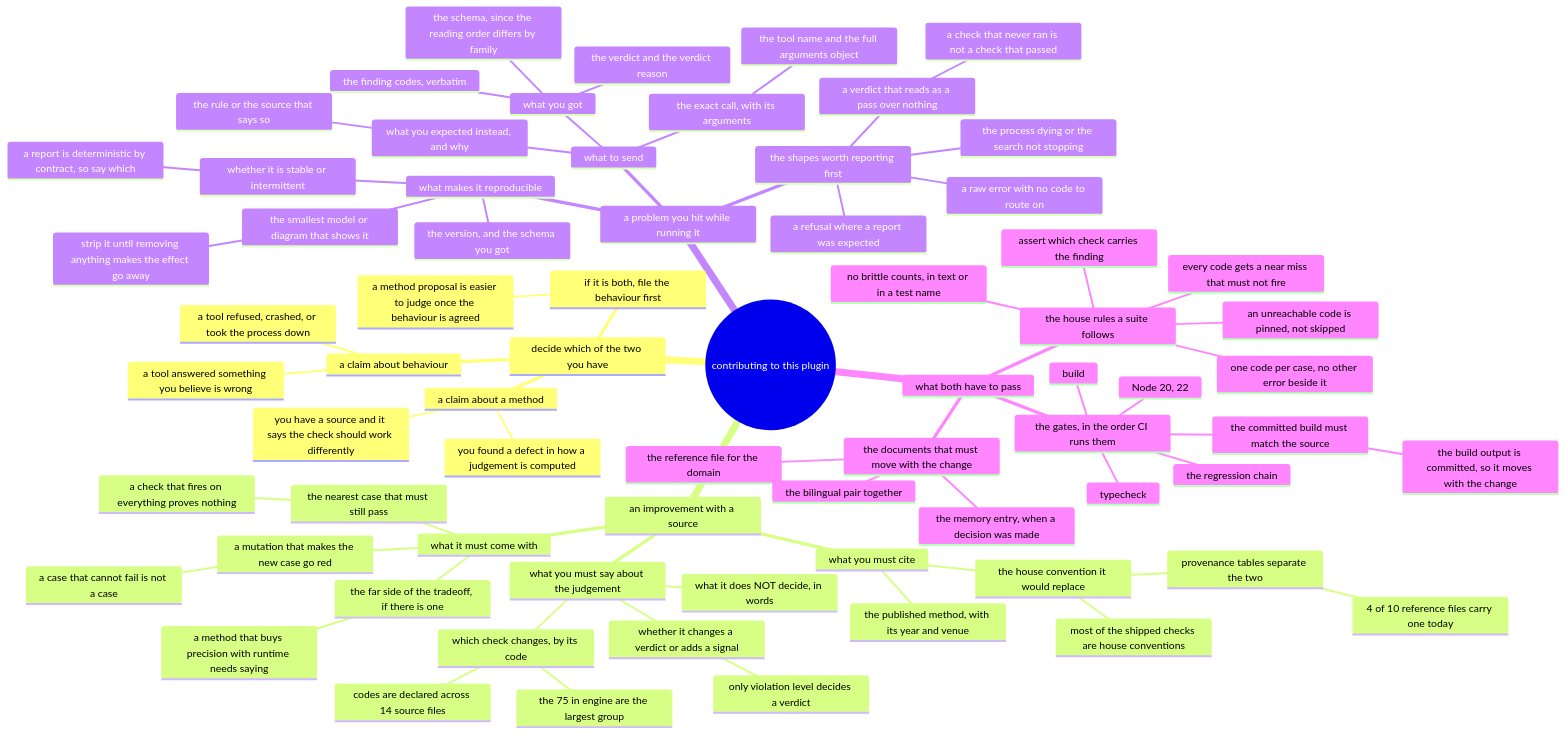
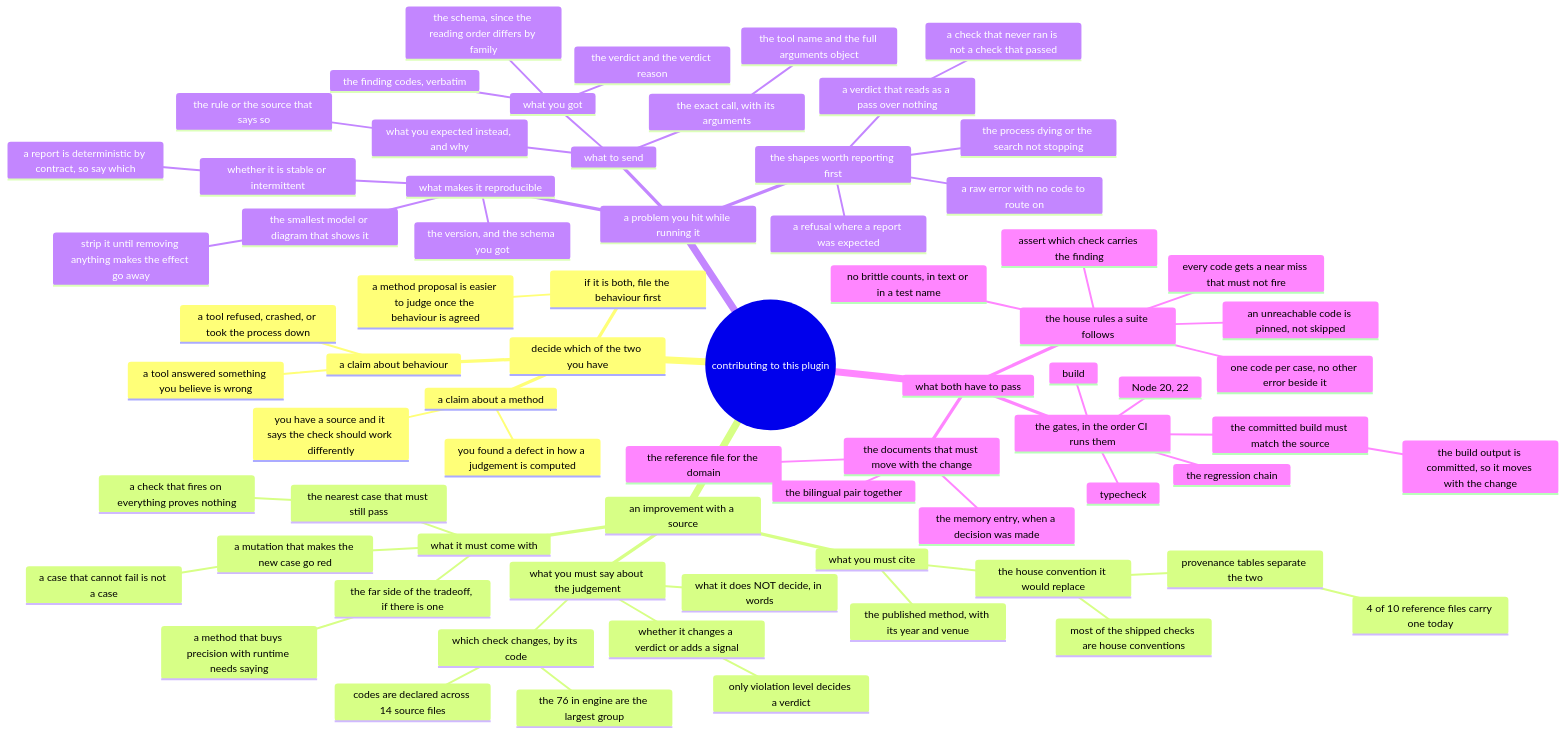
One commit to AmethystLuna/dsh-model-everything changed the diagram in docs/contributing/mindmap.mmd. Above: the diagram before and after it, drawn with Mermaid. The commit also changed 4 other files, not shown here.

First line of the commit message:
fix: A10 tells an exhausted sequence walk from a capped one

```diff
--- a/docs/contributing/mindmap.mmd
+++ b/docs/contributing/mindmap.mmd
@@ -1,72 +1,72 @@
 mindmap
 root((contributing to this plugin))
   decide which of the two you have
     a claim about a method
       you have a source and it says the check should work differently
       you found a defect in how a judgement is computed
     a claim about behaviour
       a tool answered something you believe is wrong
       a tool refused, crashed, or took the process down
     if it is both, file the behaviour first
       a method proposal is easier to judge once the behaviour is agreed
   an improvement with a source
     what you must cite
       the published method, with its year and venue
       the house convention it would replace
         provenance tables separate the two
           4 of 10 reference files carry one today
         most of the shipped checks are house conventions
     what you must say about the judgement
       which check changes, by its code
         codes are declared across 14 source files
-        the 75 in engine are the largest group
+        the 76 in engine are the largest group
       whether it changes a verdict or adds a signal
         only violation level decides a verdict
       what it does NOT decide, in words
     what it must come with
       the nearest case that must still pass
         a check that fires on everything proves nothing
       a mutation that makes the new case go red
         a case that cannot fail is not a case
       the far side of the tradeoff, if there is one
         a method that buys precision with runtime needs saying
   a problem you hit while running it
     what to send
       the exact call, with its arguments
         the tool name and the full arguments object
       what you got
         the verdict and the verdict reason
         the finding codes, verbatim
         the schema, since the reading order differs by family
       what you expected instead, and why
         the rule or the source that says so
     the shapes worth reporting first
       a verdict that reads as a pass over nothing
         a check that never ran is not a check that passed
       a refusal where a report was expected
       a raw error with no code to route on
       the process dying or the search not stopping
     what makes it reproducible
       the smallest model or diagram that shows it
         strip it until removing anything makes the effect go away
       the version, and the schema you got
       whether it is stable or intermittent
         a report is deterministic by contract, so say which
   what both have to pass
     the gates, in the order CI runs them
       Node 20, 22
       typecheck
       build
       the regression chain
       the committed build must match the source
         the build output is committed, so it moves with the change
     the house rules a suite follows
       one code per case, no other error beside it
       assert which check carries the finding
       every code gets a near miss that must not fire
       an unreachable code is pinned, not skipped
       no brittle counts, in text or in a test name
     the documents that must move with the change
       the reference file for the domain
       the memory entry, when a decision was made
       the bilingual pair together
```
